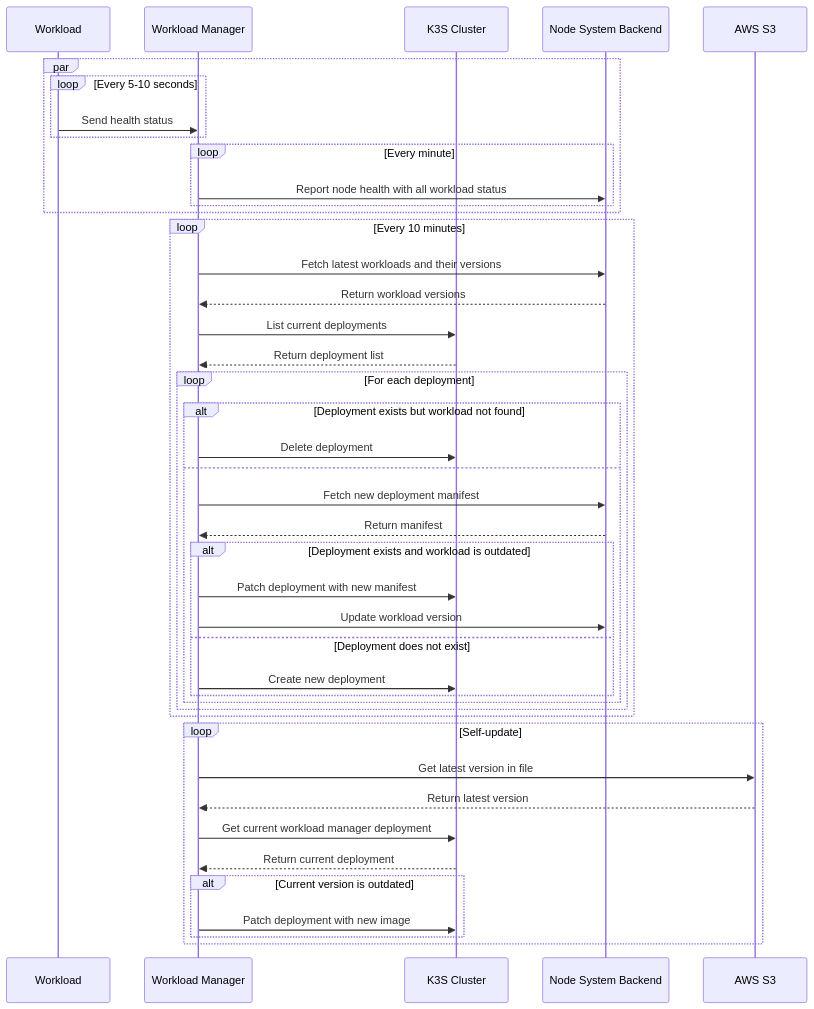
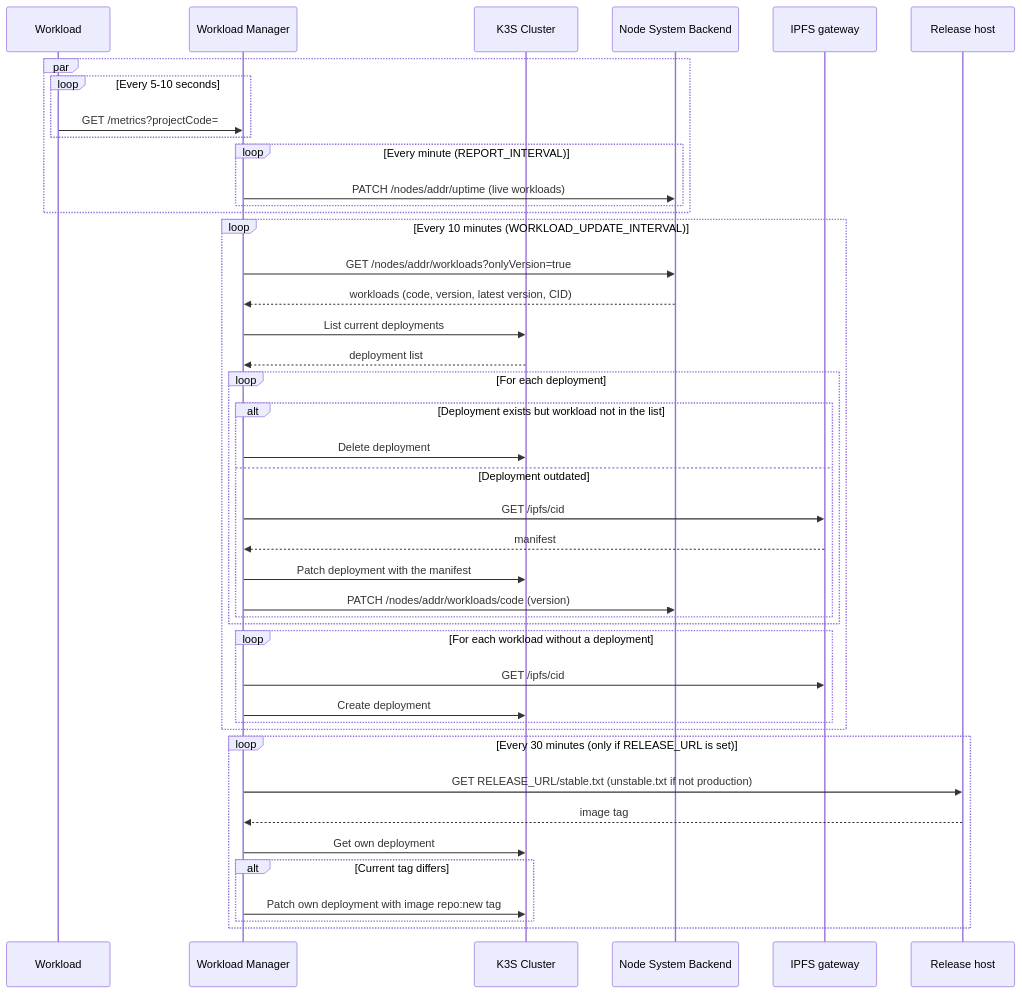
One commit to LFGInc/node-system-docs changed the diagram in docs/workload-manager.md. Above: the diagram before and after it, drawn with Mermaid. The commit also changed other lines of this file and 2 other files, not shown here.

First line of the commit message:
docs: update CLI, workload manager and backend pages to the self-hosted open-source release

````diff
--- a/docs/workload-manager.md
+++ b/docs/workload-manager.md
@@ -36,52 +60,48 @@
 ```mermaid
 sequenceDiagram
     participant Workload
     participant WM as Workload Manager
     participant K3S as K3S Cluster
     participant Backend as Node System Backend
+    participant IPFS as IPFS gateway
+    participant Rel as Release host
 
-    par 
+    par
         loop Every 5-10 seconds
-            Workload->>WM: Send health status
+            Workload->>WM: GET /metrics?projectCode=
         end
-
-        loop Every minute
-            WM->>Backend: Report node health with all workload status
+        loop Every minute (REPORT_INTERVAL)
+            WM->>Backend: PATCH /nodes/addr/uptime (live workloads)
         end
     end
 
-    loop Every 10 minutes
-        WM->>Backend: Fetch latest workloads and their versions
-        Backend-->>WM: Return workload versions
-
+    loop Every 10 minutes (WORKLOAD_UPDATE_INTERVAL)
+        WM->>Backend: GET /nodes/addr/workloads?onlyVersion=true
+        Backend-->>WM: workloads (code, version, latest version, CID)
         WM->>K3S: List current deployments
-        K3S-->>WM: Return deployment list
-
+        K3S-->>WM: deployment list
         loop For each deployment
-            alt Deployment exists but workload not found
+            alt Deployment exists but workload not in the list
                 WM->>K3S: Delete deployment
-            else
-                WM->>Backend: Fetch new deployment manifest
-                Backend-->>WM: Return manifest
-
-                alt Deployment exists and workload is outdated
-                    WM->>K3S: Patch deployment with new manifest
-                    WM->>Backend: Update workload version
-                else Deployment does not exist
-                    WM->>K3S: Create new deployment
-                end
+            else Deployment outdated
+                WM->>IPFS: GET /ipfs/cid
+                IPFS-->>WM: manifest
+                WM->>K3S: Patch deployment with the manifest
+                WM->>Backend: PATCH /nodes/addr/workloads/code (version)
             end
+        end
+        loop For each workload without a deployment
+            WM->>IPFS: GET /ipfs/cid
+            WM->>K3S: Create deployment
         end
     end
 
-    loop Self-update
-        WM->>AWS S3: Get latest version in file
-        AWS S3-->>WM: Return latest version
-        
-        WM->>K3S: Get current workload manager deployment
-        K3S-->>WM: Return current deployment
-        alt Current version is outdated
-            WM->>K3S: Patch deployment with new image
+    loop Every 30 minutes (only if RELEASE_URL is set)
+        WM->>Rel: GET RELEASE_URL/stable.txt (unstable.txt if not production)
+        Rel-->>WM: image tag
+        WM->>K3S: Get own deployment
+        alt Current tag differs
+            WM->>K3S: Patch own deployment with image repo:new tag
         end
     end
 ```
````
